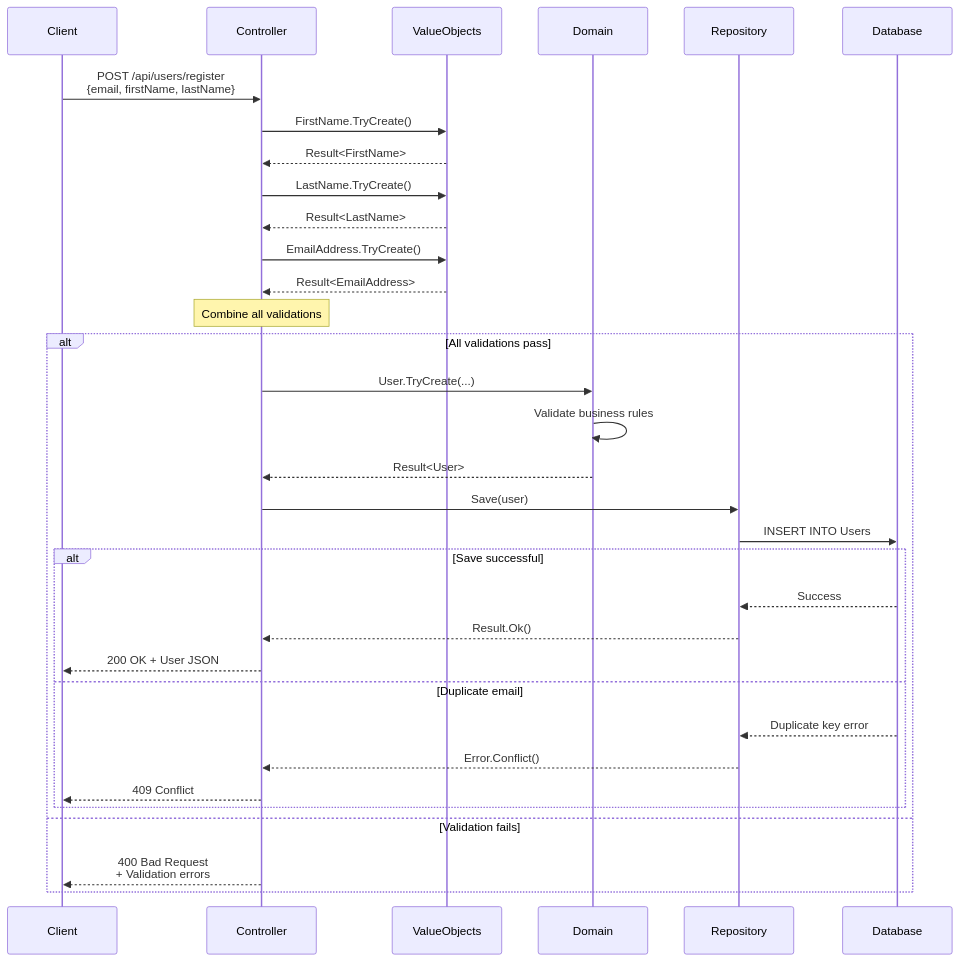
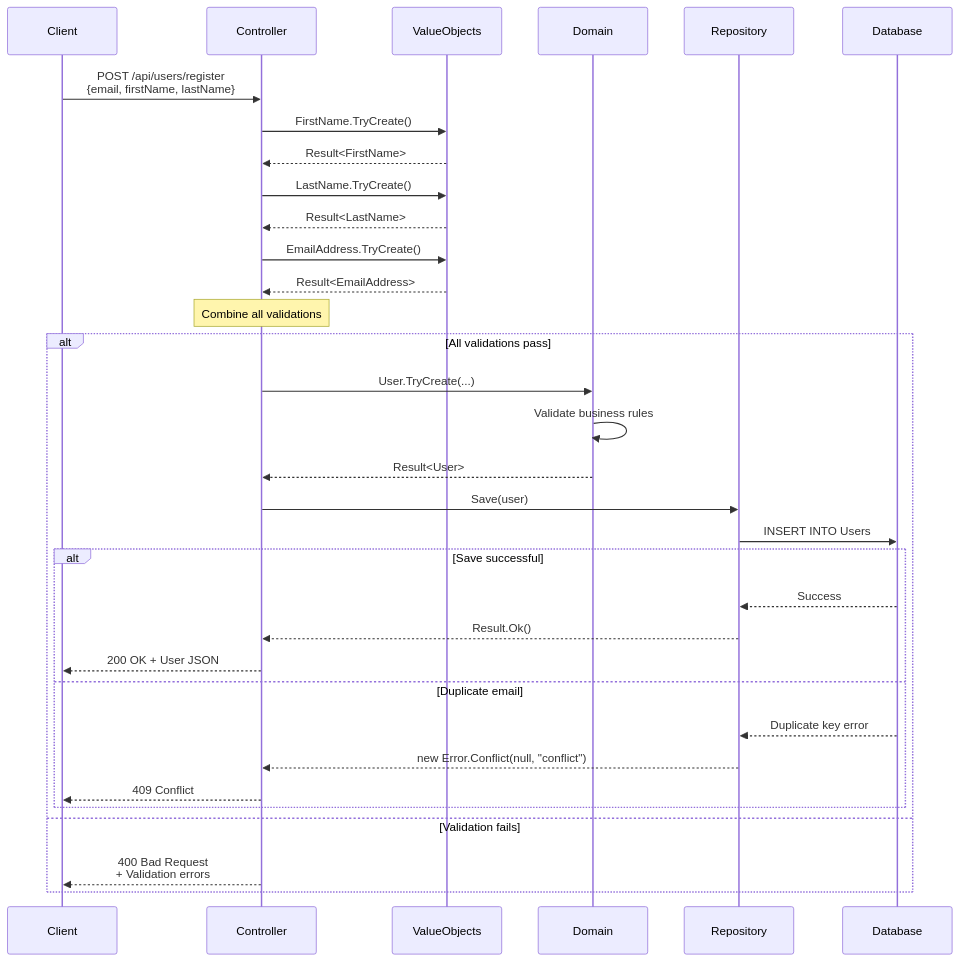
Diagram 16 of 18 in docs/DIAGRAMS.md (xavierjohn/Trellis), drawn with Mermaid before and after one commit. The commit also changed other lines of this file and 401 other files, not shown here.

````diff
--- a/docs/DIAGRAMS.md
+++ b/docs/DIAGRAMS.md
@@ -630,43 +630,43 @@
 ```mermaid
 sequenceDiagram
     participant Client
     participant Controller
     participant ValueObjects
     participant Domain
     participant Repository
     participant Database
     
     Client->>Controller: POST /api/users/register<br/>{email, firstName, lastName}
     
     Controller->>ValueObjects: FirstName.TryCreate()
     ValueObjects-->>Controller: Result<FirstName>
     
     Controller->>ValueObjects: LastName.TryCreate()
     ValueObjects-->>Controller: Result<LastName>
     
     Controller->>ValueObjects: EmailAddress.TryCreate()
     ValueObjects-->>Controller: Result<EmailAddress>
     
     Note over Controller: Combine all validations
     
     alt All validations pass
         Controller->>Domain: User.TryCreate(...)
         Domain->>Domain: Validate business rules
         Domain-->>Controller: Result<User>
         
         Controller->>Repository: Save(user)
         Repository->>Database: INSERT INTO Users
         
         alt Save successful
             Database-->>Repository: Success
             Repository-->>Controller: Result.Ok()
             Controller-->>Client: 200 OK + User JSON
         else Duplicate email
             Database-->>Repository: Duplicate key error
-            Repository-->>Controller: Error.Conflict()
+            Repository-->>Controller: new Error.Conflict(null, "conflict")
             Controller-->>Client: 409 Conflict
         end
     else Validation fails
         Controller-->>Client: 400 Bad Request<br/>+ Validation errors
     end
 ```
````
